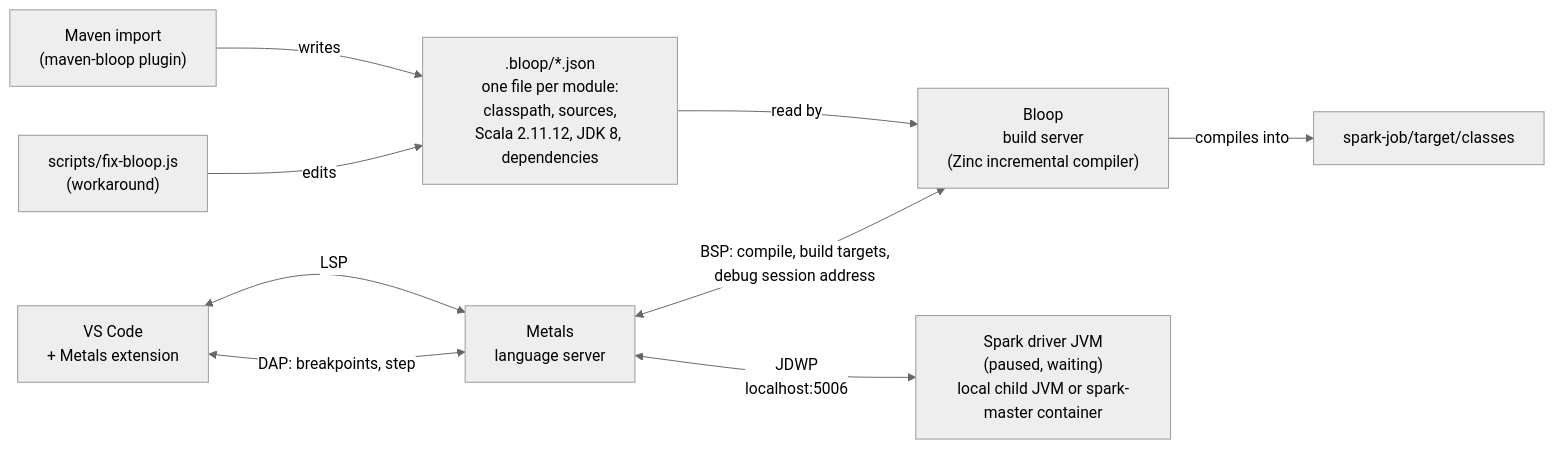
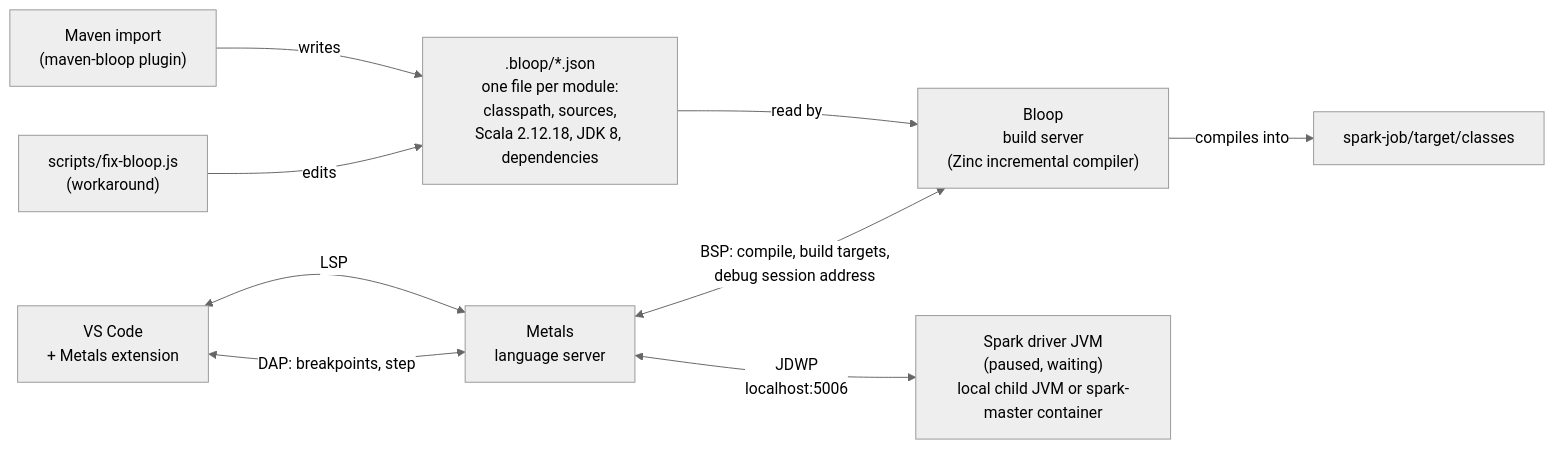
The ninth of 10 diagrams in latest-ARCHITECTURE.md (ankursingh119/javapoc1.8), drawn with Mermaid (neutral theme) before and after one commit. The commit also changed other lines of this file and 7 other files, not shown here.

Commit message:
SBJ17-14: Build - documents and diagrams name today's versions and the move off EMR 5.36

````diff
--- a/latest-ARCHITECTURE.md
+++ b/latest-ARCHITECTURE.md
@@ -455,11 +459,11 @@
 ```mermaid
 flowchart LR
-    MVN["Maven import<br/>(maven-bloop plugin)"] -->|"writes"| BF[".bloop/*.json<br/>one file per module:<br/>classpath, sources,<br/>Scala 2.11.12, JDK 8, dependencies"]
+    MVN["Maven import<br/>(maven-bloop plugin)"] -->|"writes"| BF[".bloop/*.json<br/>one file per module:<br/>classpath, sources,<br/>Scala 2.12.18, JDK 8, dependencies"]
     FIX["scripts/fix-bloop.js<br/>(workaround)"] -->|"edits"| BF
     BF -->|"read by"| BL["Bloop<br/>build server<br/>(Zinc incremental compiler)"]
     VS["VS Code<br/>+ Metals extension"] <-->|"LSP"| MT["Metals<br/>language server"]
     MT <-->|"BSP: compile, build targets,<br/>debug session address"| BL
     BL -->|"compiles into"| OUT["spark-job/target/classes"]
     VS <-->|"DAP: breakpoints, step"| MT
     MT <-->|"JDWP<br/>localhost:5006"| JVM["Spark driver JVM<br/>(paused, waiting)<br/>local child JVM or spark-master container"]
 ```
````
